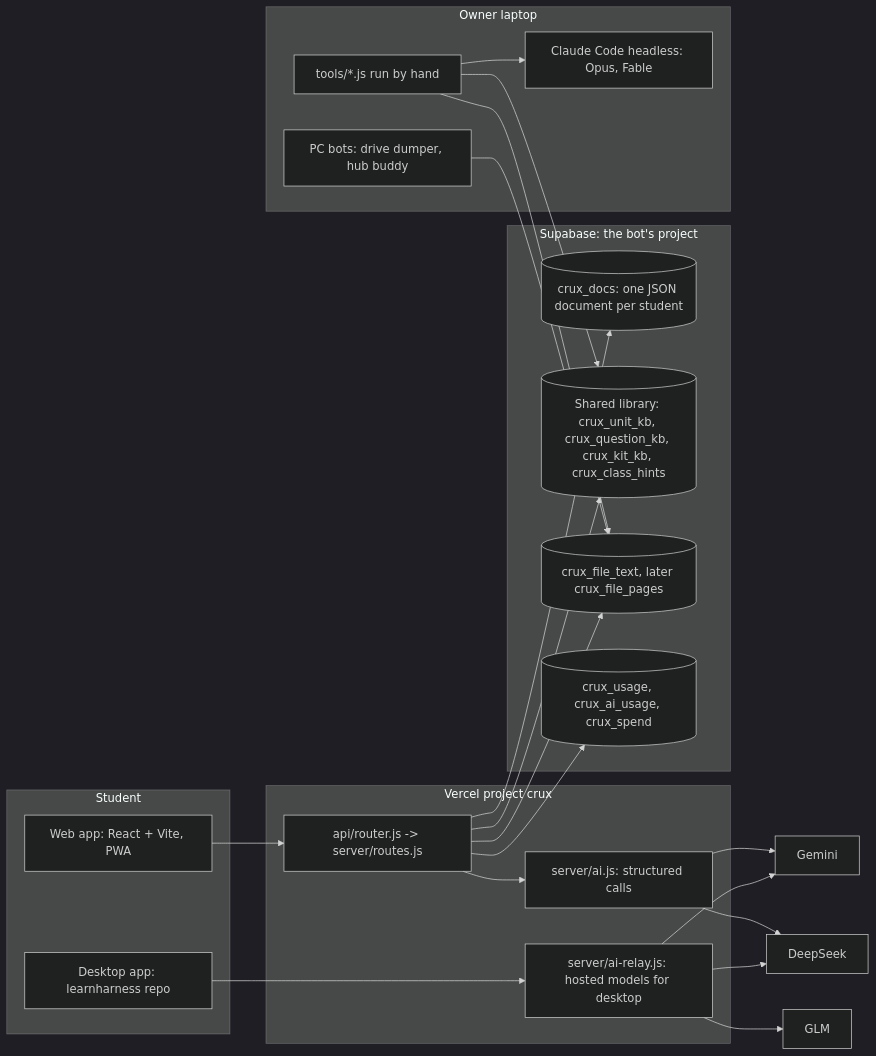
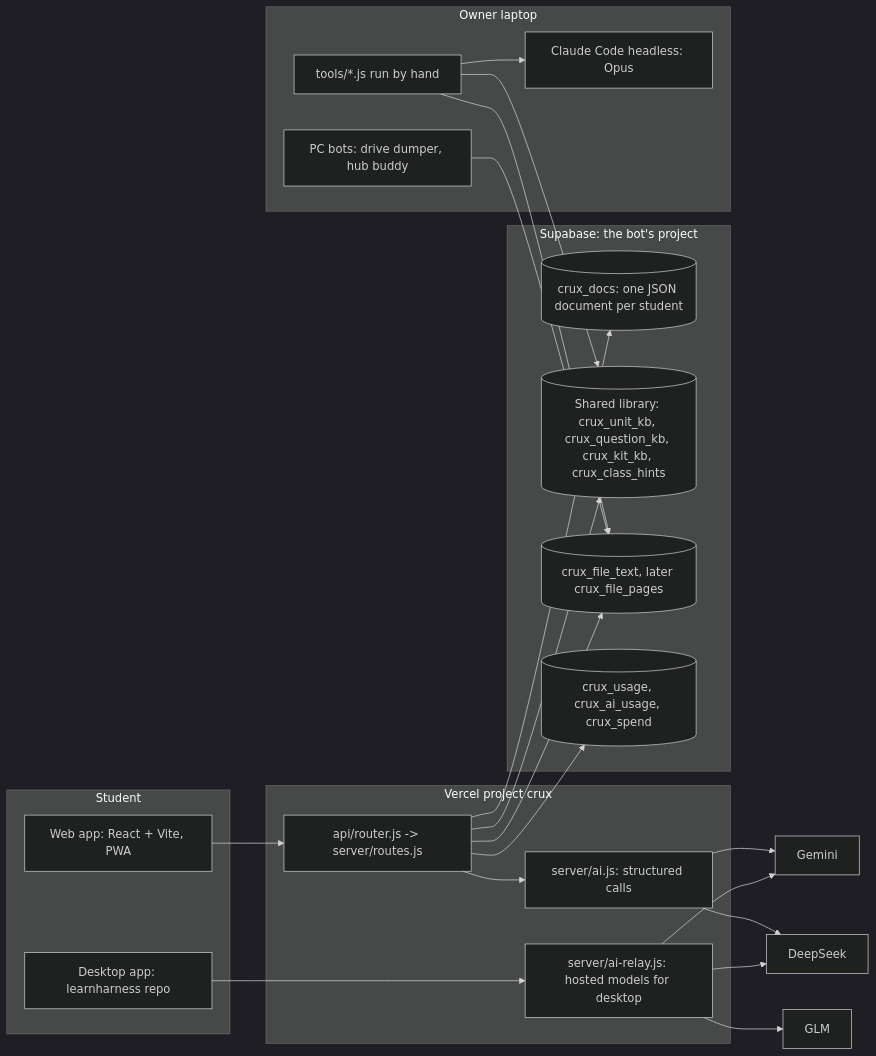
The first of 2 diagrams in study/docs/ARCHITECTURE.md (kkkkenya/discord-sync-bot), drawn with Mermaid (dark theme) before and after one commit. The commit also changed other lines of this file and 4 other files, not shown here.

````diff
--- a/study/docs/ARCHITECTURE.md
+++ b/study/docs/ARCHITECTURE.md
@@ -7,39 +7,39 @@
 ```mermaid
 flowchart LR
   subgraph Student
     W[Web app: React + Vite, PWA]
     D[Desktop app: learnharness repo]
   end
   subgraph Vercel project crux
     R[api/router.js -> server/routes.js]
     AI[server/ai.js: structured calls]
     RL[server/ai-relay.js: hosted models for desktop]
   end
   subgraph Supabase: the bot's project
     DOC[(crux_docs: one JSON document per student)]
     KB[(Shared library: crux_unit_kb, crux_question_kb, crux_kit_kb, crux_class_hints)]
     TXT[(crux_file_text, later crux_file_pages)]
     USE[(crux_usage, crux_ai_usage, crux_spend)]
   end
   subgraph Owner laptop
     T[tools/*.js run by hand]
-    CC[Claude Code headless: Opus, Fable]
+    CC[Claude Code headless: Opus]
     PC[PC bots: drive dumper, hub buddy]
   end
   W --> R
   D --> RL
   R --> DOC
   R --> KB
   R --> TXT
   R --> USE
   R --> AI
   AI --> G[Gemini]
   AI --> DS[DeepSeek]
   RL --> G
   RL --> DS
   RL --> Z[GLM]
   T --> CC
   T --> KB
   T --> TXT
   PC --> TXT
 ```
````
